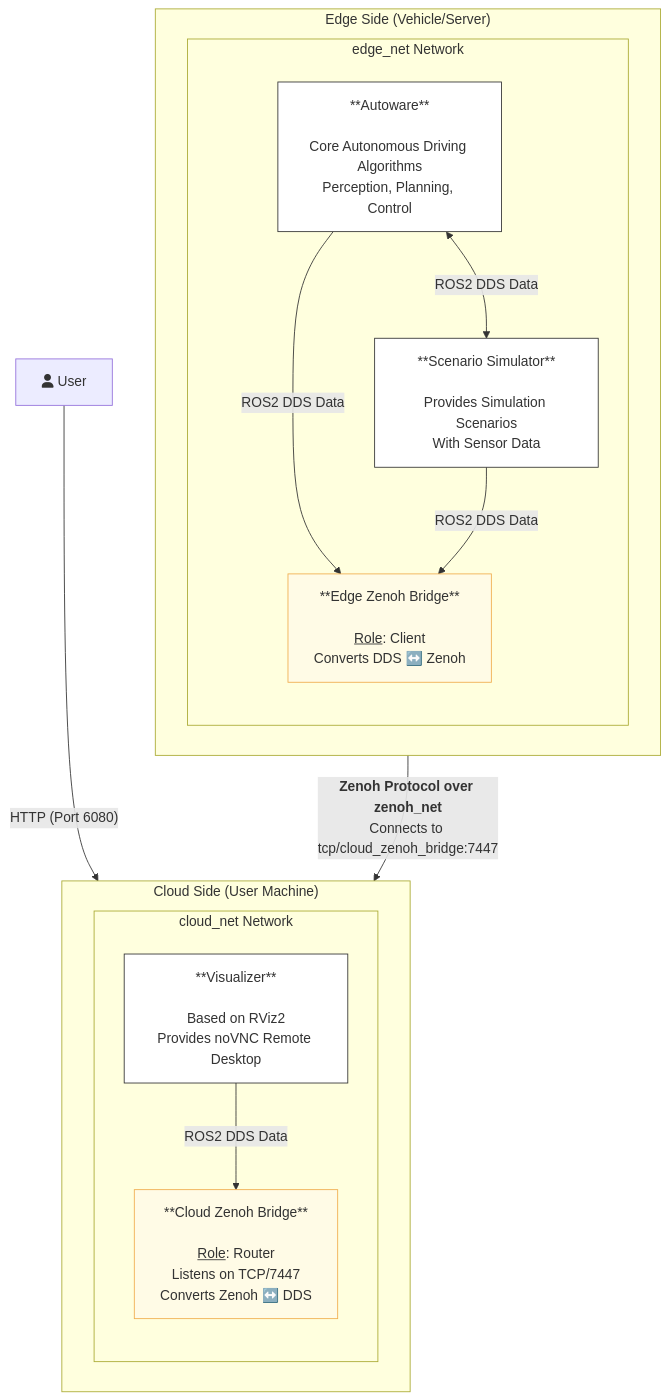
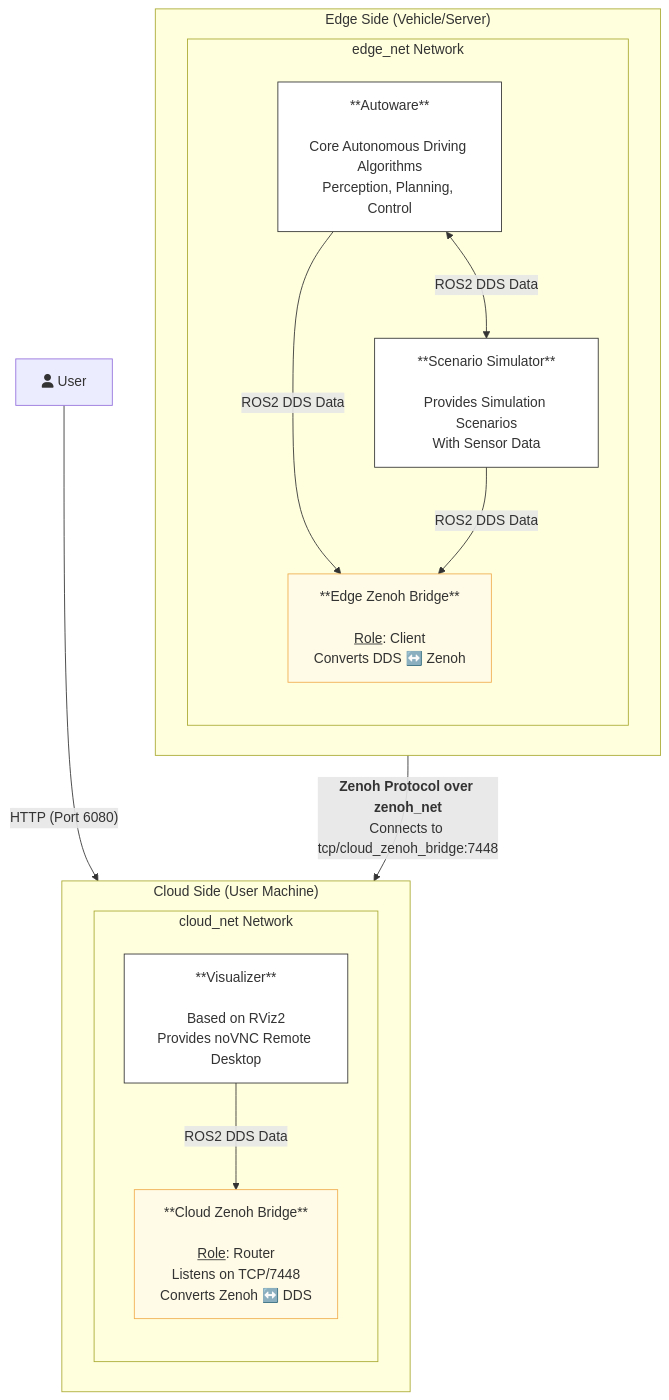
One commit to oguzkaganozt/openadkit changed the diagram in docs/deployments/zenoh-bridge/index.md. Above: the diagram before and after it, drawn with Mermaid. The commit also changed other lines of this file and 7 other files, not shown here.

````diff
--- a/docs/deployments/zenoh-bridge/index.md
+++ b/docs/deployments/zenoh-bridge/index.md
@@ -28,52 +28,52 @@
 ```mermaid
 graph TD
     %% --- Style Definitions ---
     classDef machine fill:#f9f9f9,stroke:#333,stroke-width:2px,stroke-dasharray:5 5
     classDef network fill:#e6f3ff,stroke:#0066cc,stroke-width:1.5px
     classDef workload fill:#ffffff,stroke:#333
     classDef bridge fill:#fffbe6,stroke:#f0ad4e
     classDef invisible stroke:none,fill:none
 
     %% === Cloud Side ===
     subgraph CloudSide["Cloud Side (User Machine)"]
         direction LR
         class CloudSide machine
 
         subgraph CloudNet[cloud_net Network]
             direction TB
             class CloudNet network
             
             visualizer["**Visualizer**<br><br>Based on RViz2<br>Provides noVNC Remote Desktop"]
-            cloud_bridge["**Cloud Zenoh Bridge**<br><br><u>Role</u>: Router<br>Listens on TCP/7447<br>Converts Zenoh ↔️ DDS"]
+            cloud_bridge["**Cloud Zenoh Bridge**<br><br><u>Role</u>: Router<br>Listens on TCP/7448<br>Converts Zenoh ↔️ DDS"]
             class visualizer workload
             class cloud_bridge bridge
             
             visualizer -->|"ROS2 DDS Data"| cloud_bridge
         end
     end
 
     %% === Edge Side ===
     subgraph EdgeSide["Edge Side (Vehicle/Server)"]
         direction LR
         class EdgeSide machine
 
         subgraph EdgeNet[edge_net Network]
             direction TB
             class EdgeNet network
 
             autoware["**Autoware**<br><br>Core Autonomous Driving Algorithms<br>Perception, Planning, Control"]
             scenario_simulator["**Scenario Simulator**<br><br>Provides Simulation Scenarios<br>With Sensor Data"]
             edge_bridge["**Edge Zenoh Bridge**<br><br><u>Role</u>: Client<br>Converts DDS ↔️ Zenoh"]
             class autoware,scenario_simulator workload
             class edge_bridge bridge
 
             autoware <-->|"ROS2 DDS Data"| scenario_simulator
             autoware -->|"ROS2 DDS Data"| edge_bridge
             scenario_simulator -->|"ROS2 DDS Data"| edge_bridge
         end
     end
 
     %% === External & Cross-Network Connections ===
     user[fa:fa-user User] -->|"HTTP (Port 6080)"| visualizer
-    edge_bridge -->|"<b>Zenoh Protocol over zenoh_net</b><br>Connects to tcp/cloud_zenoh_bridge:7447"| cloud_bridge
+    edge_bridge -->|"<b>Zenoh Protocol over zenoh_net</b><br>Connects to tcp/cloud_zenoh_bridge:7448"| cloud_bridge
 ```
````
